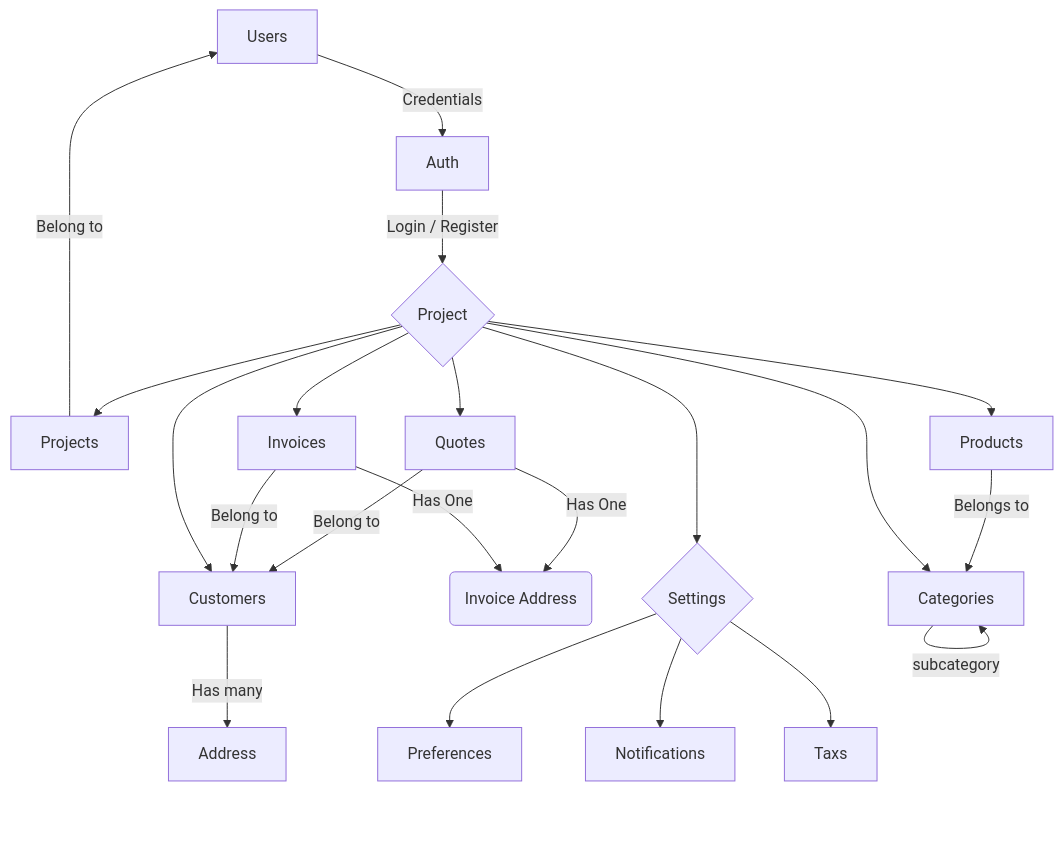
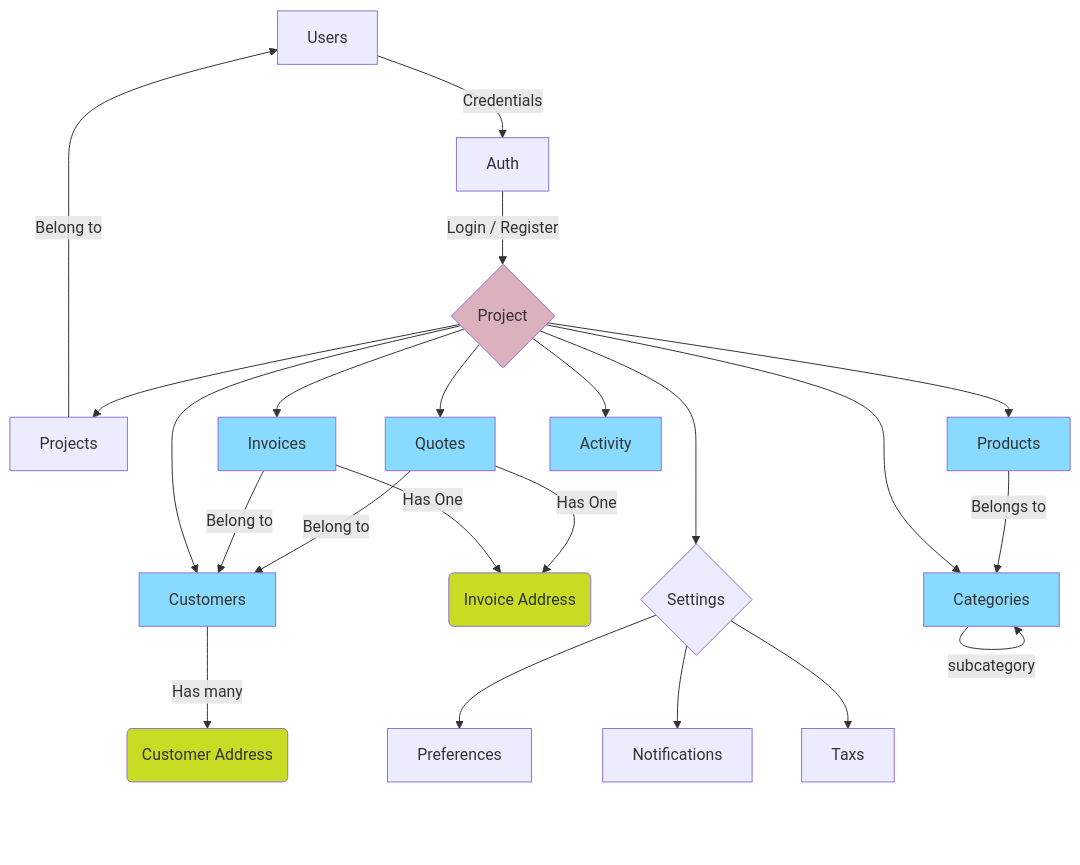
The diagram in README.md (snownix/invoices), drawn with Mermaid before and after one commit.

Commit message:
Update Diagram

````diff
--- a/README.md
+++ b/README.md
@@ -5,32 +5,45 @@
 ```mermaid
 graph TD
     Users
         --> | Credentials | A
     P[Projects] 
         -->|Belong to| Users
 
     A[Auth] 
         -->|Login / Register| D{Project}
         --> P
-        
+            
     D -->| | Quotes
         --> | Belong to| Customers
     D -->| | Invoices
         --> | Belong to| Customers
 
     Quotes --> | Has One| IA(Invoice Address)
     Invoices --> | Has One| IA(Invoice Address)
 
     D -->| | Customers
-        --> |Has many| Address
+        --> |Has many| CA(Customer Address)
     D -->| | Products
         --> |Belongs to| Categories
     D -->| | Categories
         -->|subcategory| Categories
 
+    D --> Activity
     D ---> S{Settings}
-   
+
     S --> Preferences
     S --> Notifications
     S --> Taxs
+
+    style D fill:#DBB1BC
+
+    style Activity fill:#89DAFF
+
+    style Invoices fill:#89DAFF 
+    style Products fill:#89DAFF 
+    style Categories fill:#89DAFF 
+    style Customers fill:#89DAFF 
+    style Quotes fill:#89DAFF 
+    style CA fill:#c8dc23
+    style IA fill:#c8dc23
 ```
````
